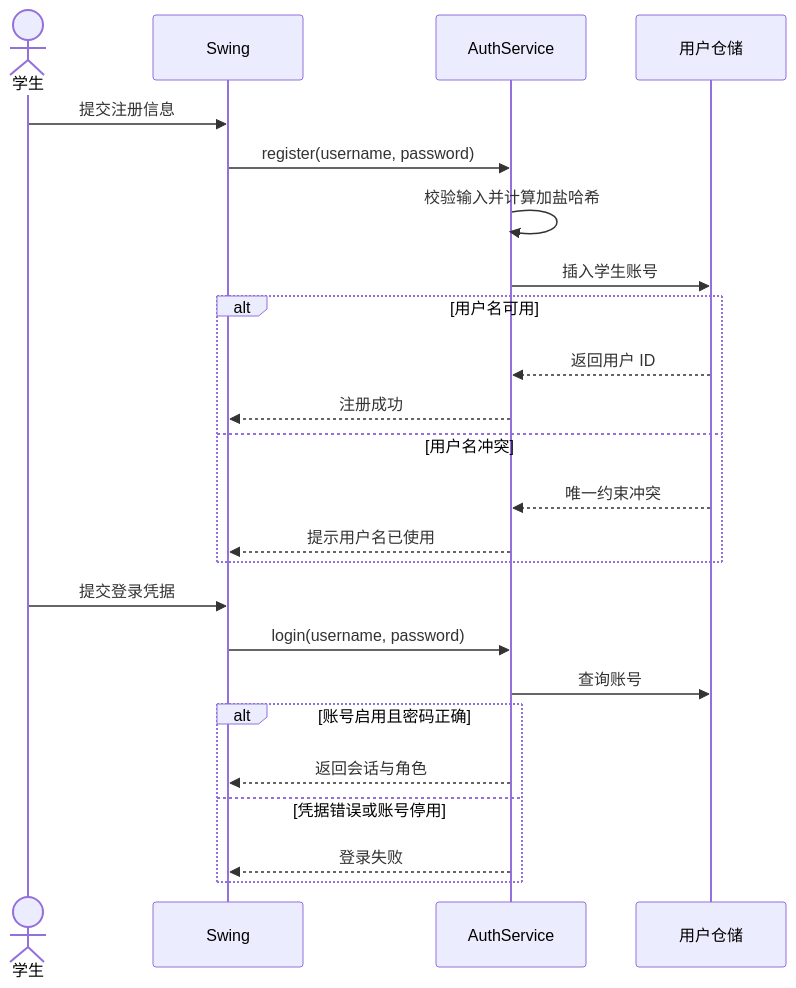
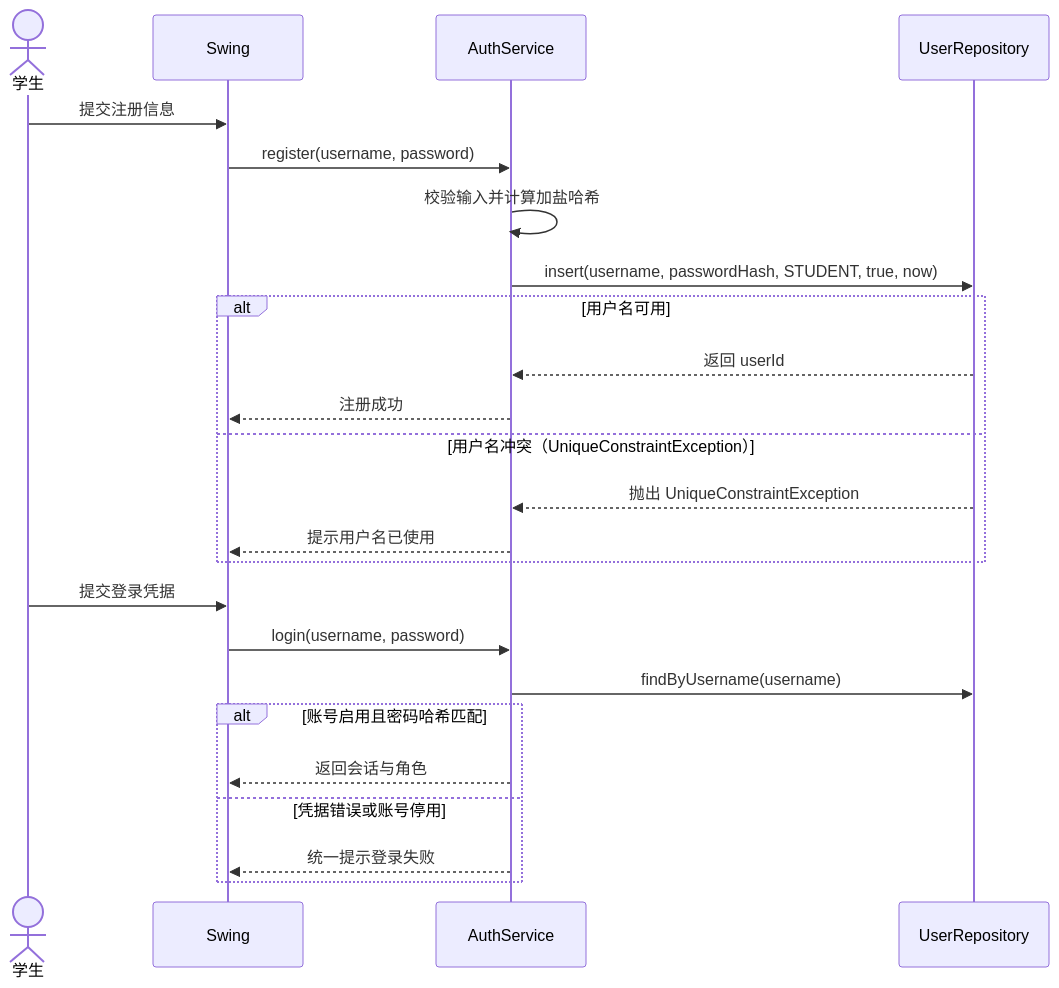
One commit to Ayin-gqzz/campus-resource-circulation changed the second of 4 diagrams in docs/uml.md. Above: the diagram before and after it, drawn with Mermaid. The commit also changed other lines of this file and 3 other files, not shown here.

Commit message:
docs: align UML diagrams, architecture, and README with implemented data layer

````diff
--- a/docs/uml.md
+++ b/docs/uml.md
@@ -88,26 +124,26 @@
 ```mermaid
 sequenceDiagram
     actor Student as 学生
     participant UI as Swing
     participant Auth as AuthService
-    participant DB as 用户仓储
+    participant UserRepo as UserRepository
     Student->>UI: 提交注册信息
     UI->>Auth: register(username, password)
     Auth->>Auth: 校验输入并计算加盐哈希
-    Auth->>DB: 插入学生账号
+    Auth->>UserRepo: insert(username, passwordHash, STUDENT, true, now)
     alt 用户名可用
-        DB-->>Auth: 返回用户 ID
+        UserRepo-->>Auth: 返回 userId
         Auth-->>UI: 注册成功
-    else 用户名冲突
-        DB-->>Auth: 唯一约束冲突
+    else 用户名冲突（UniqueConstraintException）
+        UserRepo-->>Auth: 抛出 UniqueConstraintException
         Auth-->>UI: 提示用户名已使用
     end
     Student->>UI: 提交登录凭据
     UI->>Auth: login(username, password)
-    Auth->>DB: 查询账号
-    alt 账号启用且密码正确
+    Auth->>UserRepo: findByUsername(username)
+    alt 账号启用且密码哈希匹配
         Auth-->>UI: 返回会话与角色
     else 凭据错误或账号停用
-        Auth-->>UI: 登录失败
+        Auth-->>UI: 统一提示登录失败
     end
 ```
````
